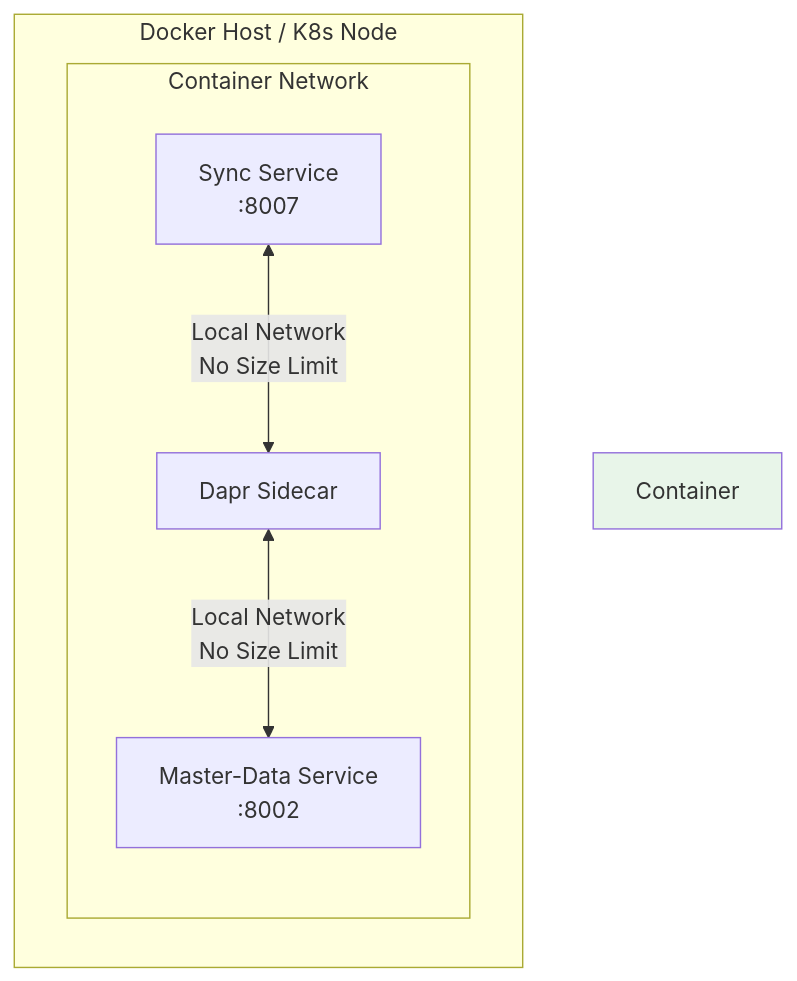
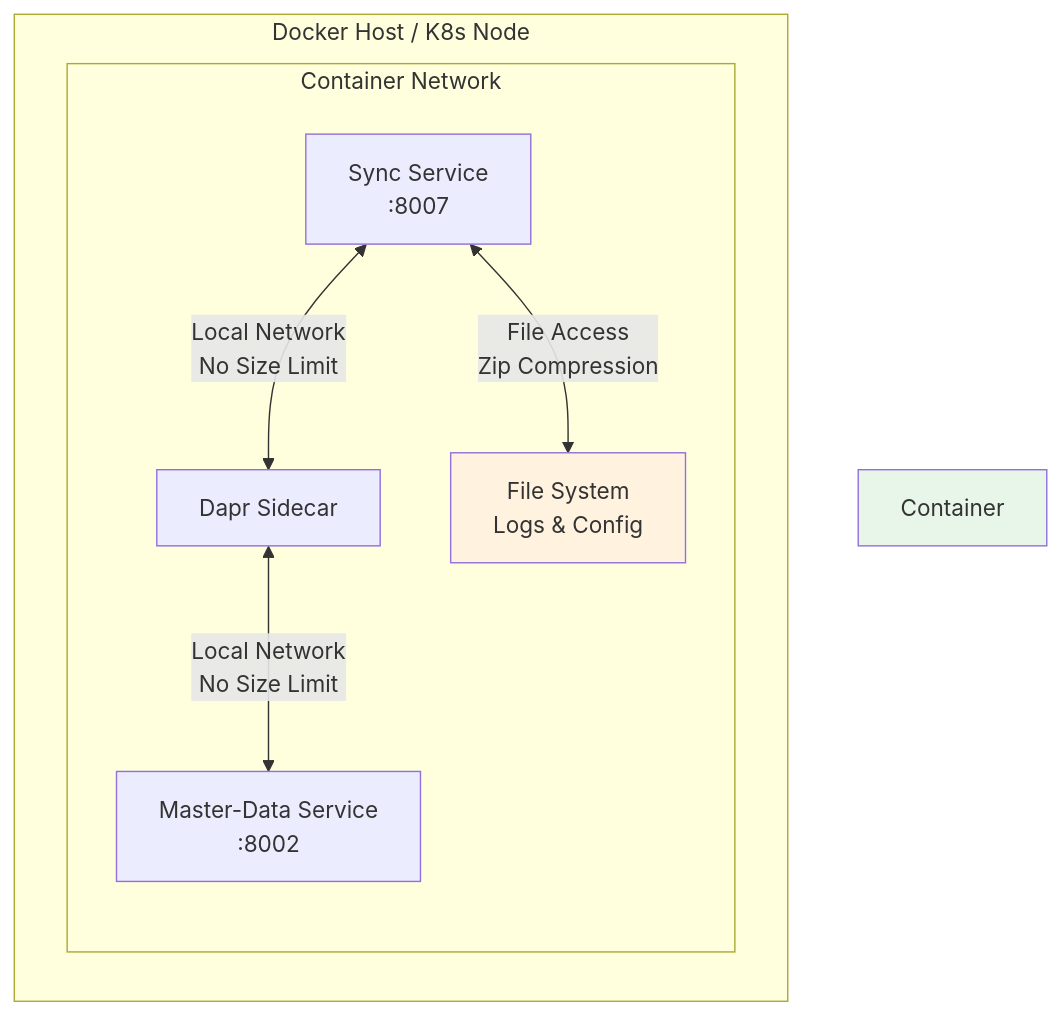
Before and after one commit to gaocuiping/kugelpos-stpos-docs-new: the first of 2 diagrams in notes/1-sync/design/edge-internal-simplified.md, drawn with Mermaid. The commit also changed other lines of this file and 11 other files, not shown here.

First line of the commit message:
Update sync service architecture and design documents

````diff
--- a/notes/1-sync/design/edge-internal-simplified.md
+++ b/notes/1-sync/design/edge-internal-simplified.md
@@ -7,15 +7,18 @@
 ```mermaid
 flowchart TB
     subgraph Docker Host / K8s Node
         subgraph Container Network
             Sync[Sync Service<br/>:8007]
             MD[Master-Data Service<br/>:8002]
+            FS[File System<br/>Logs & Config]
             Dapr[Dapr Sidecar]
         end
     end
 
     Sync <-->|Local Network<br/>No Size Limit| Dapr
     Dapr <-->|Local Network<br/>No Size Limit| MD
+    Sync <-->|File Access<br/>Zip Compression| FS
 
     style Container fill:#e8f5e9
+    style FS fill:#fff3e0
 ```
````
